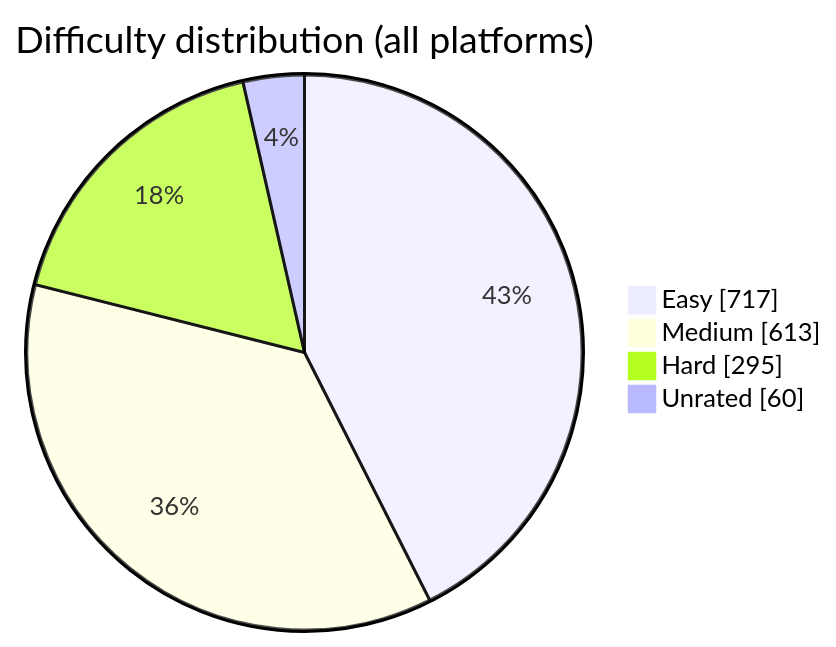
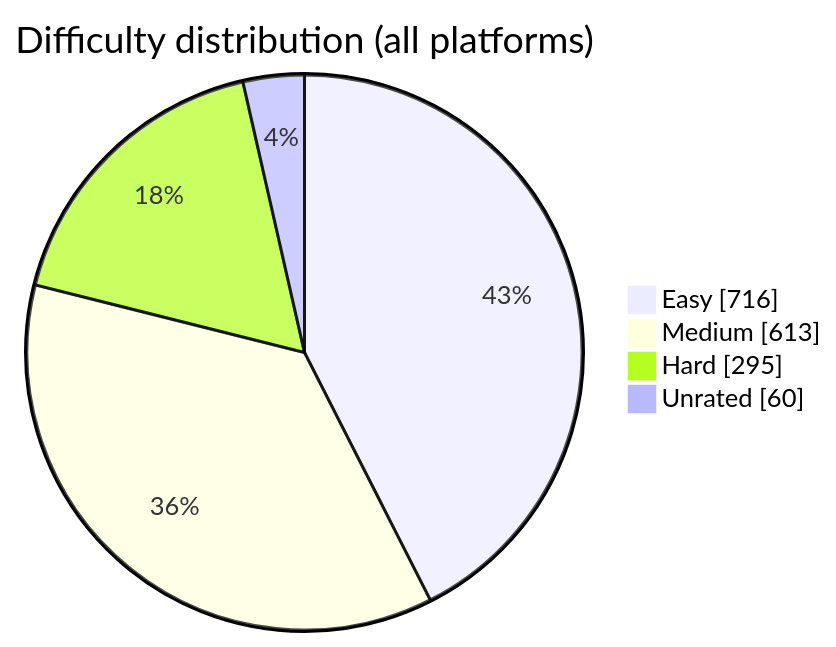
The diagram in README.md (BuildbyArindam/Daily-Coding-Log), drawn with Mermaid before and after one commit. The commit also changed other lines of this file, not shown here.

````diff
--- a/README.md
+++ b/README.md
@@ -93,7 +93,7 @@
 ```mermaid
 pie showData title Difficulty distribution (all platforms)
-    "Easy" : 717
+    "Easy" : 716
     "Medium" : 613
     "Hard" : 295
     "Unrated" : 60
 ```
````
